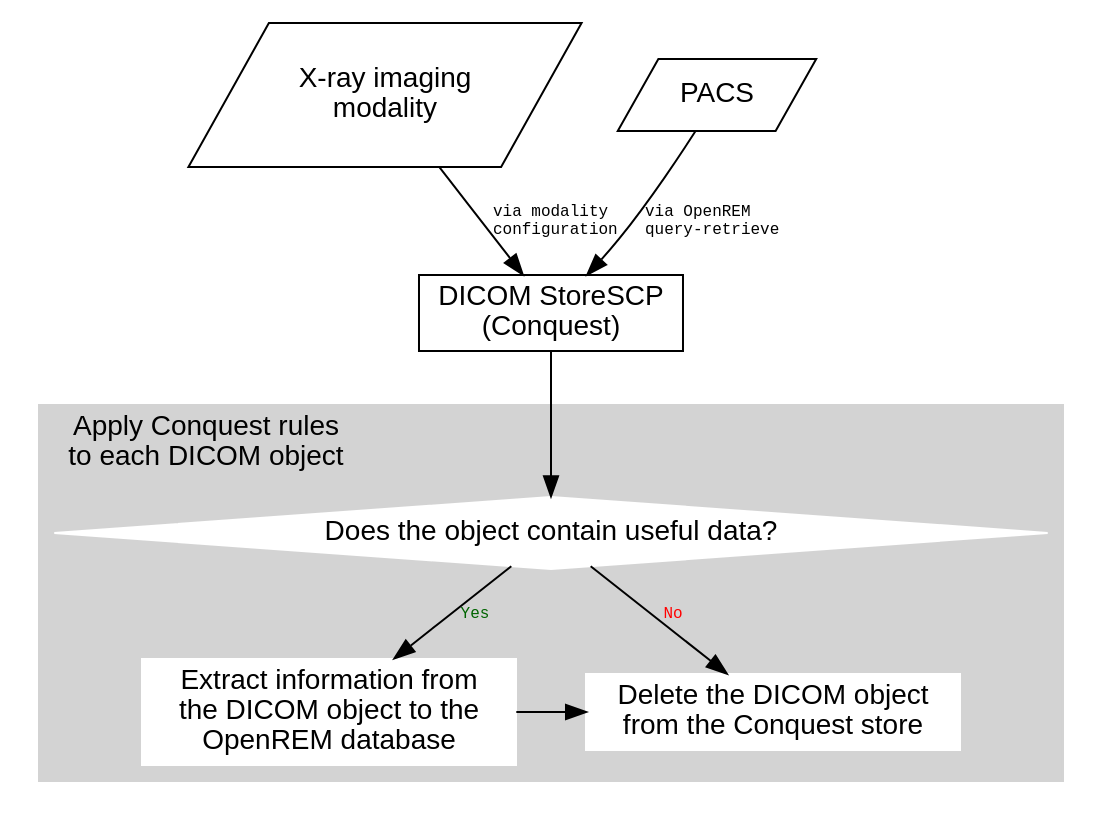
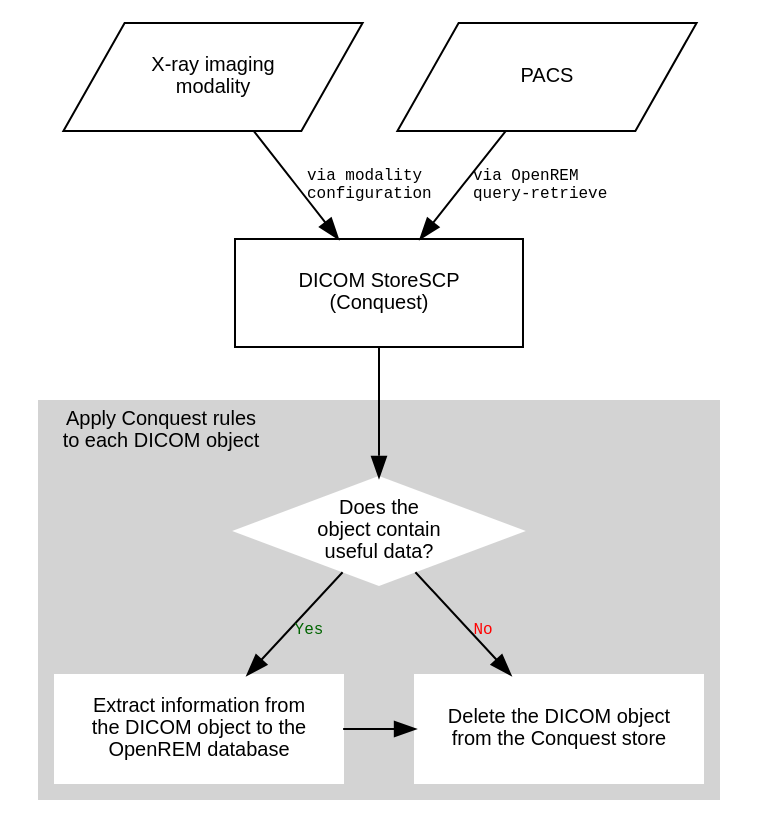
One commit to ckswilliams/modOpenREM changed the second of 2 diagrams in docs/testgraphviz.rst. Above: the diagram before and after it, drawn with Graphviz. The commit also changed other lines of this file, not shown here.

```diff
--- a/docs/testgraphviz.rst
+++ b/docs/testgraphviz.rst
@@ -57,31 +58,33 @@
 .. graphviz::
 
    digraph {
+      node [fixedsize=true width=2.0 height=0.75 fontsize=10 margin="0.0,0.0"];
 
       subgraph cluster_rules {
          label = "Apply Conquest rules\nto each DICOM object";
          node [style=filled color=white];
          style=filled;
          color=lightgrey;
          labelloc=t;
          labeljust=l;
          fontname="Helvetica"
+         fontsize=10;
 
          conquest_script -> populate_database [label="Yes" fontcolor=darkgreen fontsize=8 fontname="Courier"];
          populate_database -> delete_object;
          conquest_script -> delete_object [label="No" fontcolor=red fontsize=8 fontname="Courier"];
 
          {rank=same; populate_database delete_object};
       }
 
       modality -> conquest [label="via modality\lconfiguration\l" fontsize=8 fontname="Courier"];
       pacs -> conquest [label="via OpenREM\lquery-retrieve\l" fontsize=8 fontname="Courier"];
       conquest -> conquest_script;
 
-      modality [label="X-ray imaging\nmodality" fontname="Helvetica" tooltip="Data send from an x-ray imaging modality" shape="parallelogram" height="1.0" width="2.0"];
+      modality [label="X-ray imaging\nmodality" fontname="Helvetica" tooltip="Data send from an x-ray imaging modality" shape="parallelogram"];
       pacs [label="PACS" fontname="Helvetica" tooltip="A Picture Archiving and Communication System" shape="parallelogram"];
       conquest [label="DICOM StoreSCP\n(Conquest)" fontname="Helvetica" tooltip="Conquest, acting as a DICOM storage SCP" shape="box"];
-      conquest_script [shape=diamond label="Does the object contain useful data?" fontname="Helvetica" tooltip="Process the rules in dicom.ini"];
+      conquest_script [shape=diamond label="Does the\nobject contain\nuseful data?" fontname="Helvetica" tooltip="Process the rules in dicom.ini"];
       populate_database [label="Extract information from\nthe DICOM object to the\nOpenREM database" fontname="Helvetica", tooltip="Extract data using OpenREM's python scripts" shape="box"];
       delete_object [label="Delete the DICOM object\nfrom the Conquest store" fontname="Helvetica" tooltip="Delete the DICOM object from the local store SCP" shape="box"];
    }
```
